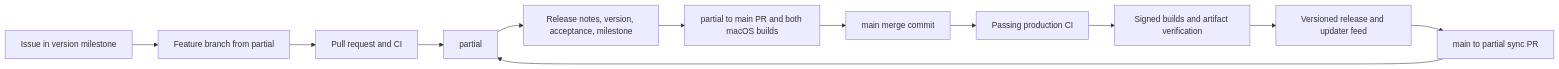
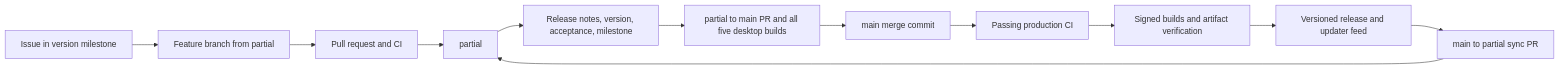
One commit to AlecBhamani1/Blackwall changed the diagram in docs/REPOSITORY_WORKFLOW.md. Above: the diagram before and after it, drawn with Mermaid. The commit also changed other lines of this file and 5 other files, not shown here.

````diff
--- a/docs/REPOSITORY_WORKFLOW.md
+++ b/docs/REPOSITORY_WORKFLOW.md
@@ -6,14 +6,14 @@
 ```mermaid
 flowchart LR
   I[Issue in version milestone] --> F[Feature branch from partial]
   F --> C[Pull request and CI]
   C --> P[partial]
   P --> R[Release notes, version, acceptance, milestone]
-  R --> G[partial to main PR and both macOS builds]
+  R --> G[partial to main PR and all five desktop builds]
   G --> M[main merge commit]
   M --> V[Passing production CI]
   V --> B[Signed builds and artifact verification]
   B --> S[Versioned release and updater feed]
   S --> Y[main to partial sync PR]
   Y --> P
 ```
````
